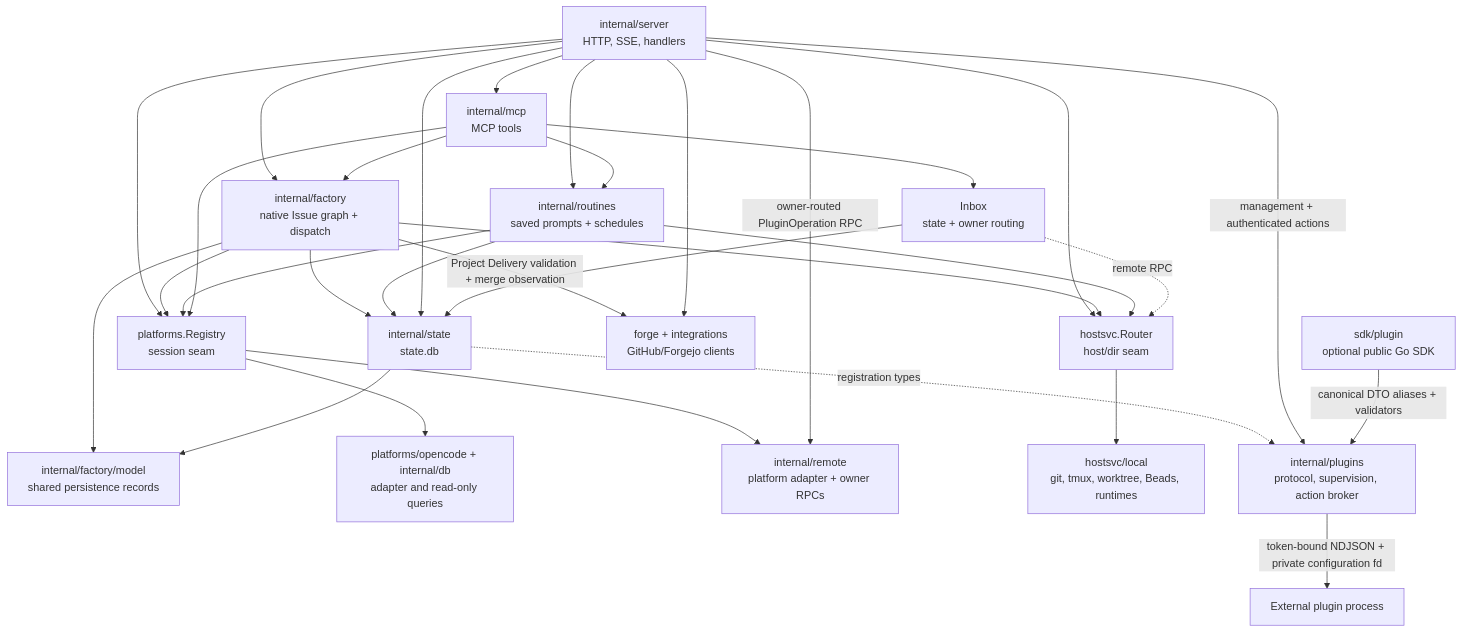
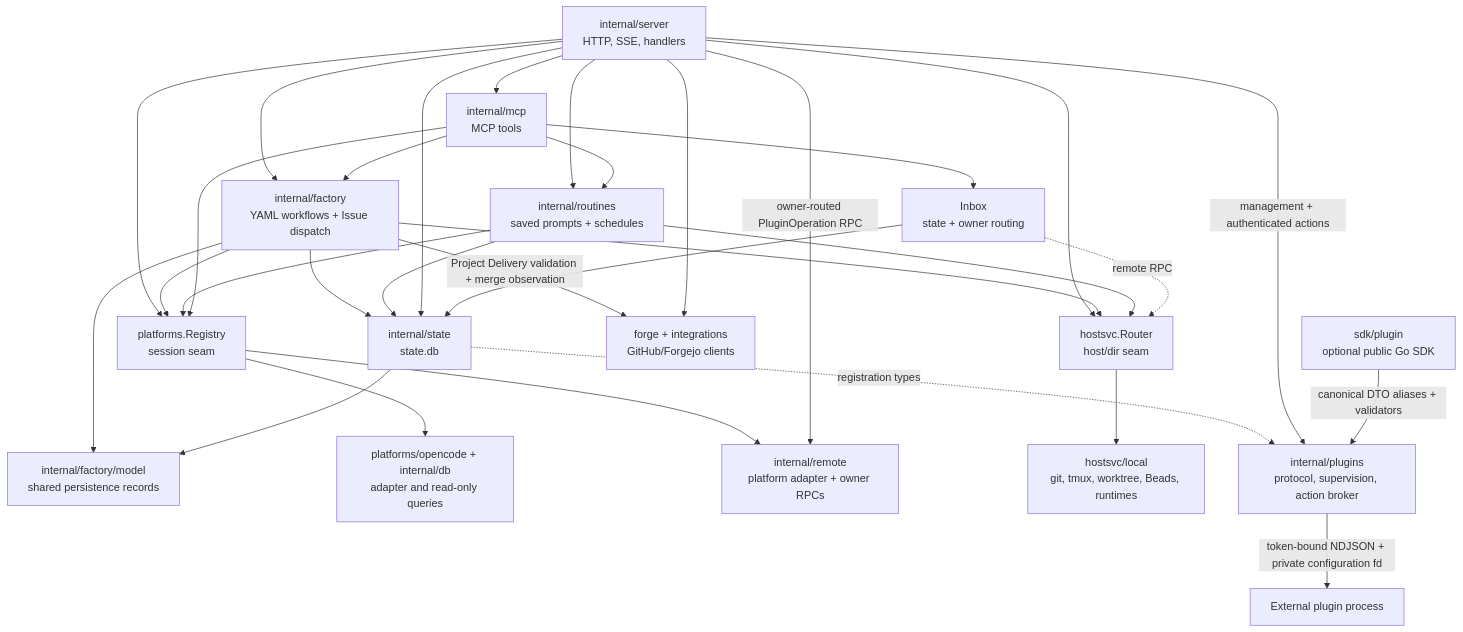
One commit to ocman/ocman changed the third of 6 diagrams in docs/other/architecture.md. Above: the diagram before and after it, drawn with Mermaid. The commit also changed other lines of this file and 29 other files, not shown here.

Commit message:
feat(factory): define complete workflows with named YAML steps

````diff
--- a/docs/other/architecture.md
+++ b/docs/other/architecture.md
@@ -96,33 +96,33 @@
 ```mermaid
 flowchart TD
     Server[internal/server<br/>HTTP, SSE, handlers] --> Registry[platforms.Registry<br/>session seam]
     Server --> Router[hostsvc.Router<br/>host/dir seam]
     Server --> Routines[internal/routines<br/>saved prompts + schedules]
-    Server --> Factory[internal/factory<br/>native Issue graph + dispatch]
+    Server --> Factory[internal/factory<br/>YAML workflows + Issue dispatch]
     Factory --> FactoryModel[internal/factory/model<br/>shared persistence records]
     Factory --> State
     State --> FactoryModel
     Factory --> Registry
     Factory --> Router
     Factory -->|Project Delivery validation + merge observation| Forge
     Routines --> Registry
     Routines --> Router
     Routines --> State
     Server --> MCP[internal/mcp<br/>MCP tools]
     MCP --> Factory
     MCP --> Inbox[Inbox<br/>state + owner routing]
     MCP --> Routines
     MCP --> Registry
     Registry --> OC[platforms/opencode + internal/db<br/>adapter and read-only queries]
     Registry --> RP[internal/remote<br/>platform adapter + owner RPCs]
     Router --> Local[hostsvc/local<br/>git, tmux, worktree, Beads, runtimes]
     Server --> State[internal/state<br/>state.db]
     Inbox --> State
     Inbox -.->|remote RPC| Router
     Server --> Forge[forge + integrations<br/>GitHub/Forgejo clients]
     State -.->|registration types| Plugins[internal/plugins<br/>protocol, supervision, action broker]
     Server -->|management + authenticated actions| Plugins
     Plugins -->|token-bound NDJSON + private configuration fd| PluginExec[External plugin process]
     Server -->|owner-routed PluginOperation RPC| RP
     PluginSDK[sdk/plugin<br/>optional public Go SDK] -->|canonical DTO aliases + validators| Plugins
 ```
````
